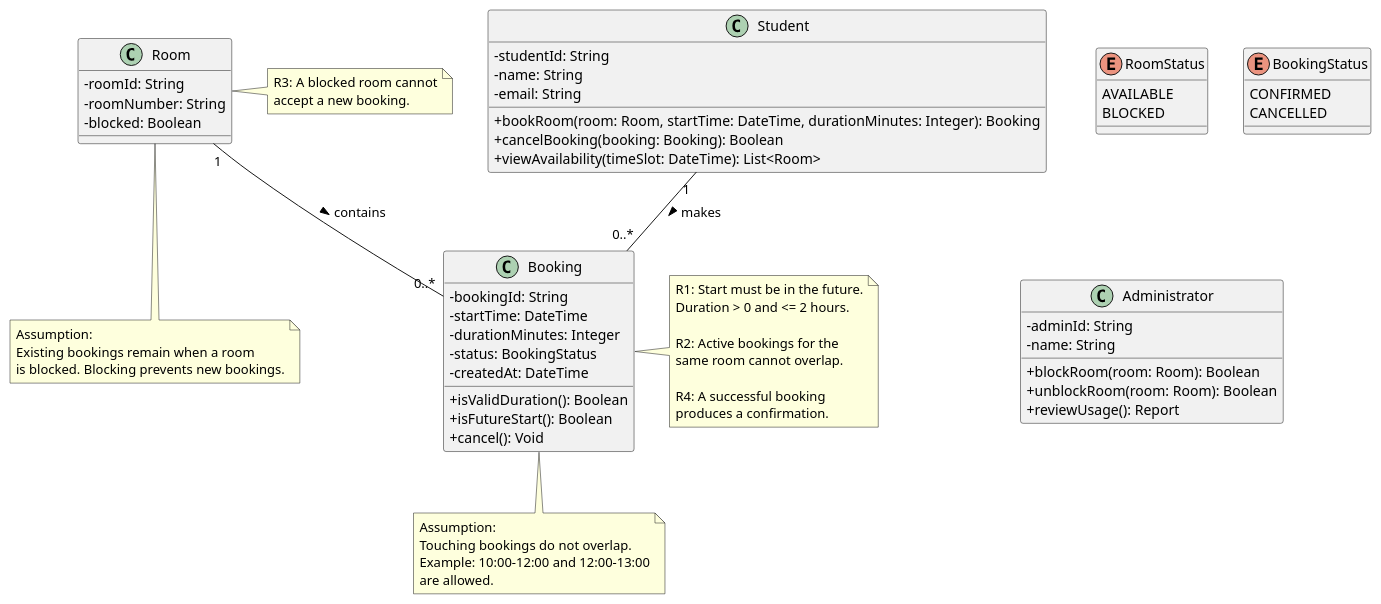
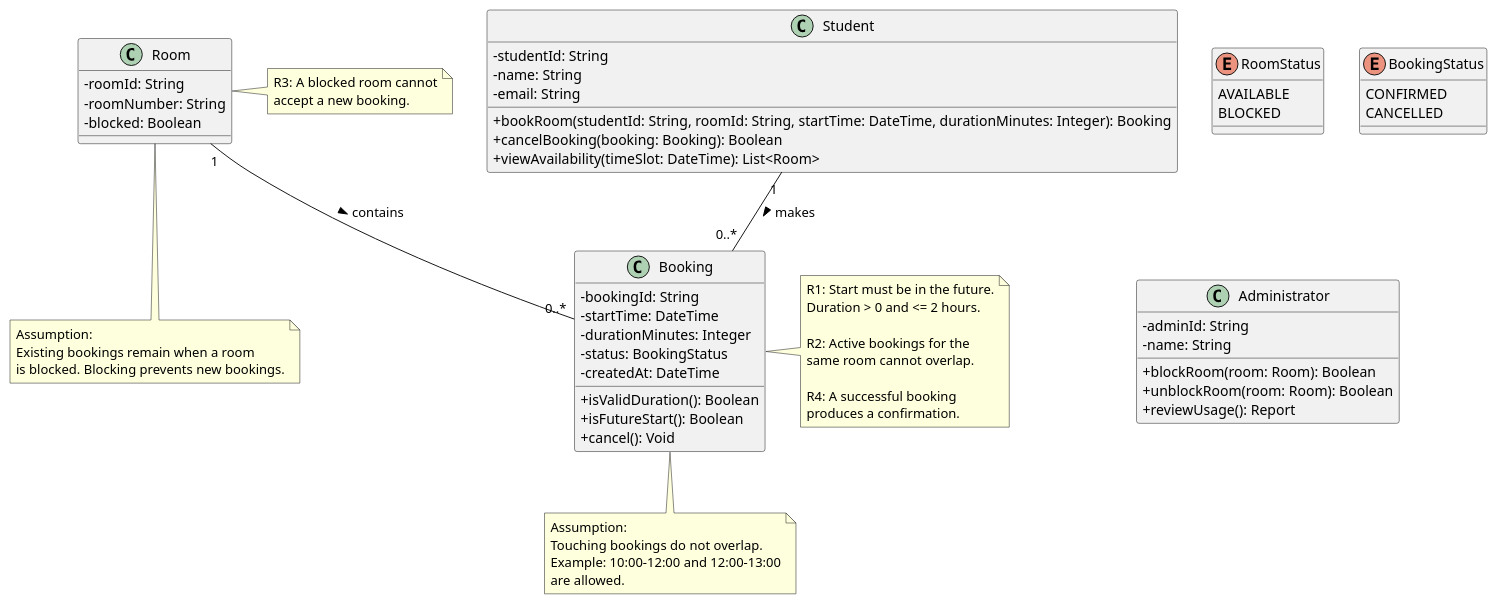
One commit to birjan777/se-practice changed the diagram in week-04/models/class.puml. Above: the diagram before and after it, drawn with PlantUML. The commit also changed 2 other files, not shown here.

```diff
--- a/week-04/models/class.puml
+++ b/week-04/models/class.puml
@@ -1,82 +1,82 @@
 @startuml
 
 skinparam classAttributeIconSize 0
 skinparam shadowing false
 
 enum RoomStatus {
   AVAILABLE
   BLOCKED
 }
 
 enum BookingStatus {
   CONFIRMED
   CANCELLED
 }
 
 class Student {
   - studentId: String
   - name: String
   - email: String
-  + bookRoom(room: Room, startTime: DateTime, durationMinutes: Integer): Booking
+  + bookRoom(studentId: String, roomId: String, startTime: DateTime, durationMinutes: Integer): Booking
   + cancelBooking(booking: Booking): Boolean
   + viewAvailability(timeSlot: DateTime): List<Room>
 }
 
 class Administrator {
   - adminId: String
   - name: String
   + blockRoom(room: Room): Boolean
   + unblockRoom(room: Room): Boolean
   + reviewUsage(): Report
 }
 
 class Room {
   - roomId: String
   - roomNumber: String
   - blocked: Boolean
 }
 
 class Booking {
   - bookingId: String
   - startTime: DateTime
   - durationMinutes: Integer
   - status: BookingStatus
   - createdAt: DateTime
   + isValidDuration(): Boolean
   + isFutureStart(): Boolean
   + cancel(): Void
 }
 
 Student "1" -- "0..*" Booking : makes >
 Room "1" -- "0..*" Booking : contains >
 
 note right of Booking
 R1: Start must be in the future.
 Duration > 0 and <= 2 hours.
 
 R2: Active bookings for the
 same room cannot overlap.
 
 R4: A successful booking
 produces a confirmation.
 end note
 
 note right of Room
 R3: A blocked room cannot
 accept a new booking.
 end note
 
 note bottom of Room
 Assumption:
 Existing bookings remain when a room
 is blocked. Blocking prevents new bookings.
 end note
 
 note bottom of Booking
 Assumption:
 Touching bookings do not overlap.
 Example: 10:00-12:00 and 12:00-13:00
 are allowed.
 end note
 
 @enduml
```
